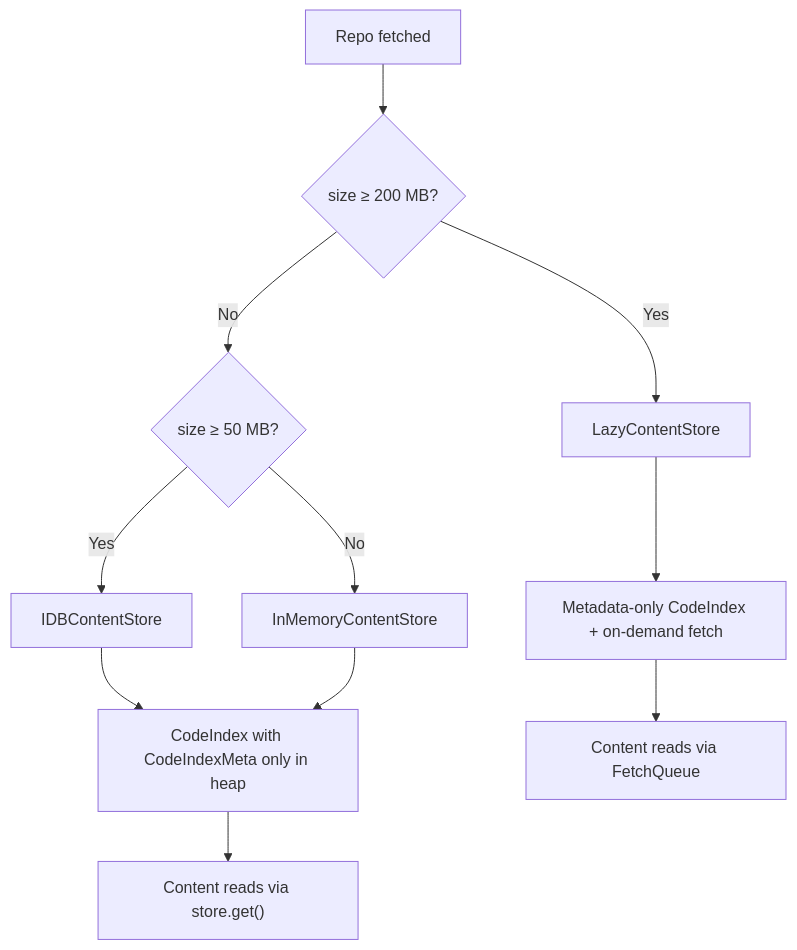
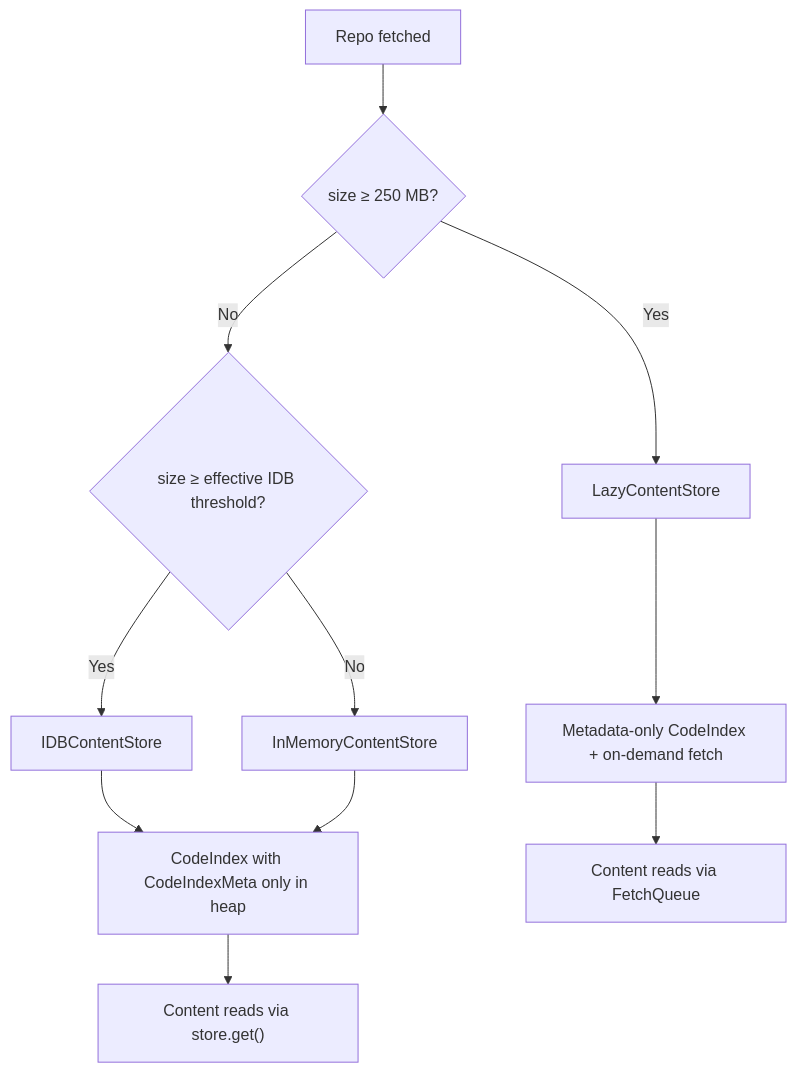
Before and after one commit to zebbern/repolens: the second of 10 diagrams in ARCHITECTURE.md, drawn with Mermaid. The commit also changed other lines of this file and 3 other files, not shown here.

````diff
--- a/ARCHITECTURE.md
+++ b/ARCHITECTURE.md
@@ -53,13 +53,13 @@
 ```mermaid
 graph TD
-  A["Repo fetched"] --> B{"size ≥ 200 MB?"}
+  A["Repo fetched"] --> B{"size ≥ 250 MB?"}
   B -->|Yes| C["LazyContentStore"]
-  B -->|No| D{"size ≥ 50 MB?"}
+  B -->|No| D{"size ≥ effective IDB threshold?"}
   D -->|Yes| E["IDBContentStore"]
   D -->|No| F["InMemoryContentStore"]
   C --> G["Metadata-only CodeIndex + on-demand fetch"]
   E --> H["CodeIndex with CodeIndexMeta only in heap"]
   F --> H
   G --> I["Content reads via FetchQueue"]
   H --> J["Content reads via store.get()"]
 ```
````
